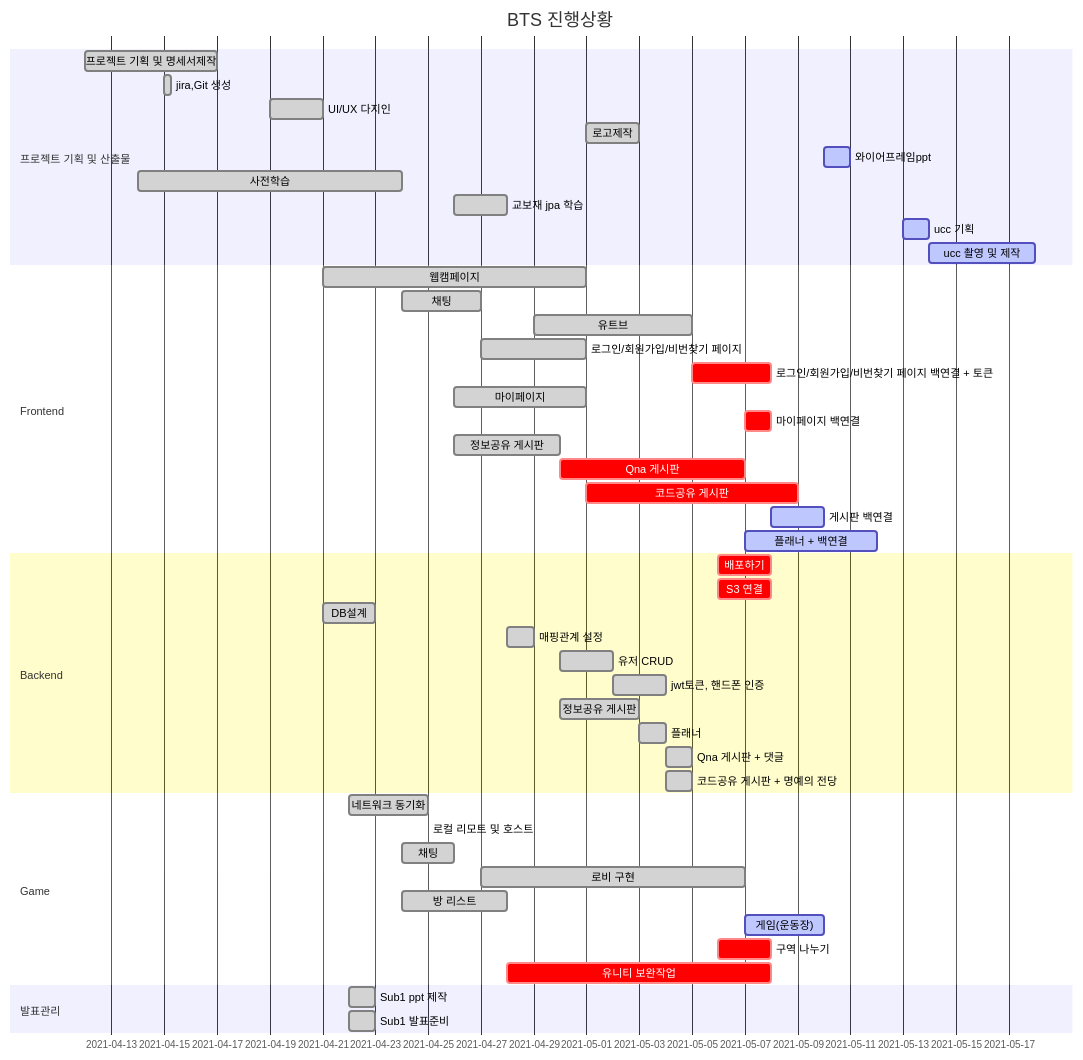
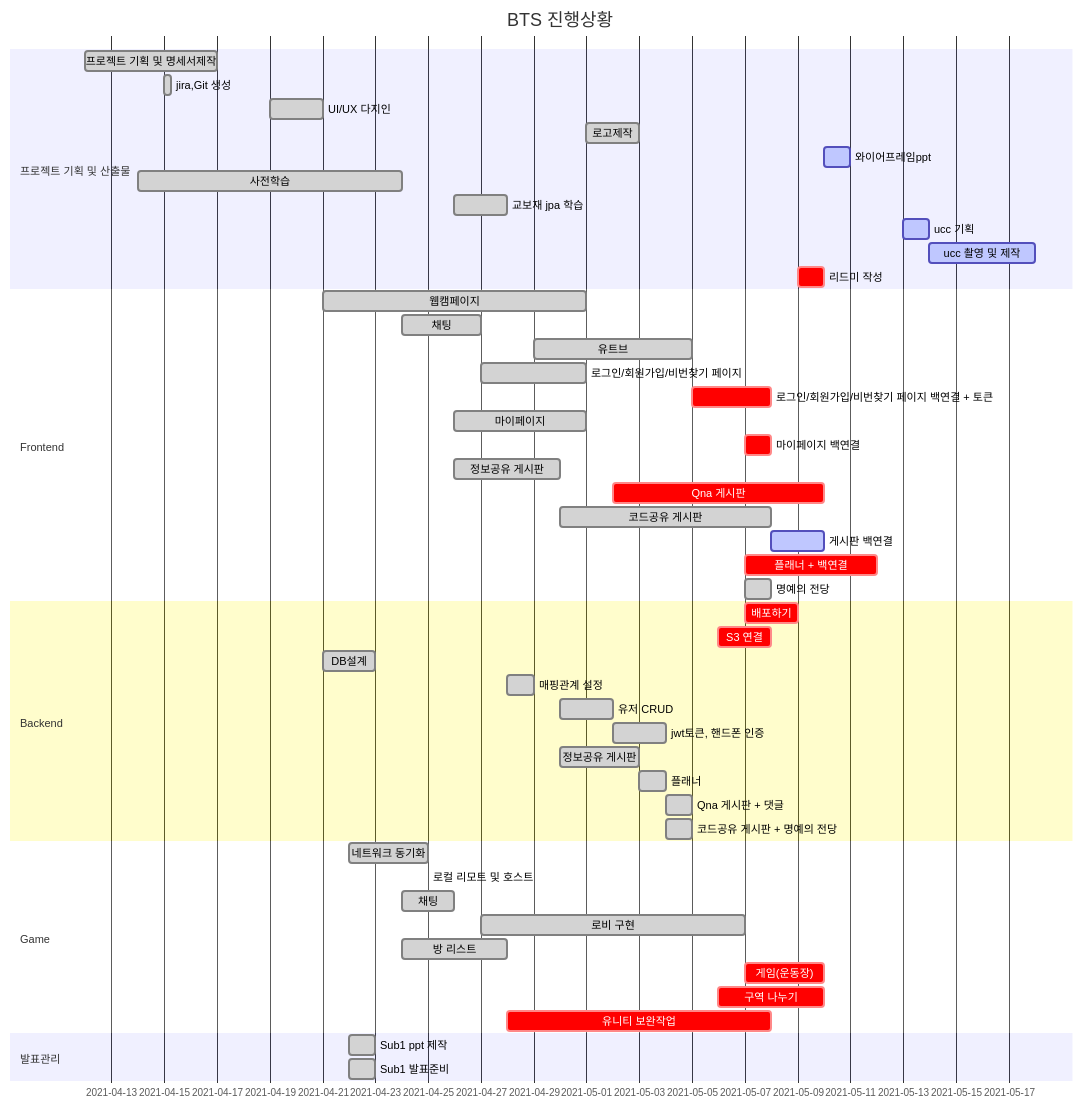
Before and after one commit to Luminousjiny/PJT_BTS: the diagram in README.md, drawn with Mermaid. The commit also changed 7 other files, not shown here.

````diff
--- a/README.md
+++ b/README.md
@@ -50,55 +50,57 @@
 ```mermaid
 gantt
     title BTS 진행상황
     dateFormat  YYYY-MM-DD
     section 프로젝트 기획 및 산출물
     프로젝트 기획 및 명세서제작 : done, 2021-04-12, 5d
     jira,Git 생성  :done, 2021-04-15, 6h
     UI/UX 다지인  : done,   2021-04-19, 2d
     로고제작 : done, 2021-05-01, 2d
     와이어프레임ppt : active, 2021-05-10, 1d
     사전학습  : done, 2021-04-14, 10d
     교보재 jpa 학습 : done, 2021-04-26, 2d
     ucc 기획 : active, 2021-05-13, 1d
     ucc 촬영 및 제작 : active, 2021-05-14, 4d
+    리드미 작성 : crit, 2021-05-09, 1d
 
     section Frontend
     웹캠페이지 : done, 2021-04-21, 10d
     채팅 : done, 2021-04-24, 3d
     유트브 : done, 2021-04-29, 6d
     로그인/회원가입/비번찾기 페이지 : done, 2021-04-27, 4d
     로그인/회원가입/비번찾기 페이지 백연결 + 토큰 : crit, 2021-05-05, 3d
     마이페이지 : done, 2021-04-26, 5d
     마이페이지 백연결 : crit, 2021-05-07, 1d
     정보공유 게시판 : done, 2021-04-26, 4d
-    Qna 게시판 : crit, 2021-04-30, 7d
-    코드공유 게시판 : crit, 2021-05-01, 8d
+    Qna 게시판 : crit, 2021-05-02, 8d
+    코드공유 게시판 : done, 2021-04-30, 8d
     게시판 백연결 : active, 2021-05-08, 2d
-    플래너 + 백연결 : active, 2021-05-07, 5d
+    플래너 + 백연결 : crit, 2021-05-07, 5d
+    명예의 전당 : done, 2021-05-07, 1d
     
     section Backend
-    배포하기 : crit, 2021-05-06, 2d
+    배포하기 : crit, 2021-05-07, 2d
     S3 연결 : crit, 2021-05-06, 2d
     DB설계 : done, 2021-04-21, 2d
     매핑관계 설정 : done, 2021-04-28, 1d
     유저 CRUD : done, 2021-04-30, 2d
     jwt토큰, 핸드폰 인증 : done, 2021-05-02,2d 
     정보공유 게시판 : done, 2021-04-30, 3d
     플래너 : done, 2021-05-03, 1d
     Qna 게시판 + 댓글 : done, 2021-05-04, 1d
     코드공유 게시판 + 명예의 전당 : done, 2021-05-04, 1d 
     
     section Game
 	네트워크 동기화 : done, 2021-04-22, 3d
 	로컬 리모트 및 호스트 : done, 2021-04-23 1d
 	채팅 : done, 2021-04-24, 2d
 	로비 구현 : done, 2021-04-27, 10d
     방 리스트 : done, 2021-04-24, 4d
-    게임(운동장) : active, 2021-05-07,3d
-    구역 나누기 : crit, 2021-05-06, 2d
+    게임(운동장) : crit, 2021-05-07,3d
+    구역 나누기 : crit, 2021-05-06, 4d
     유니티 보완작업 : crit, 2021-04-28, 10d
     
     section 발표관리
     Sub1 ppt 제작 : done, 2021-04-22, 1d
     Sub1 발표준비 : done, 2021-04-22, 1d
 ```
````
